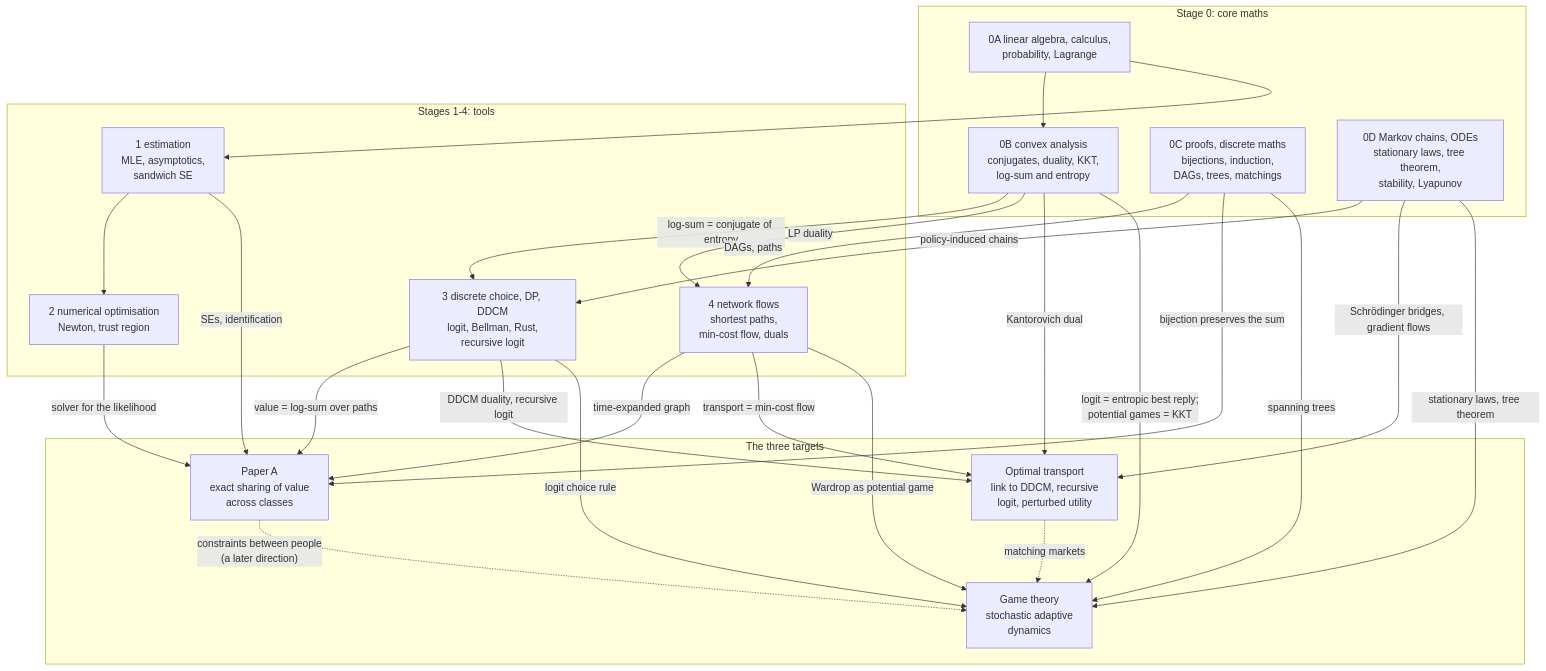
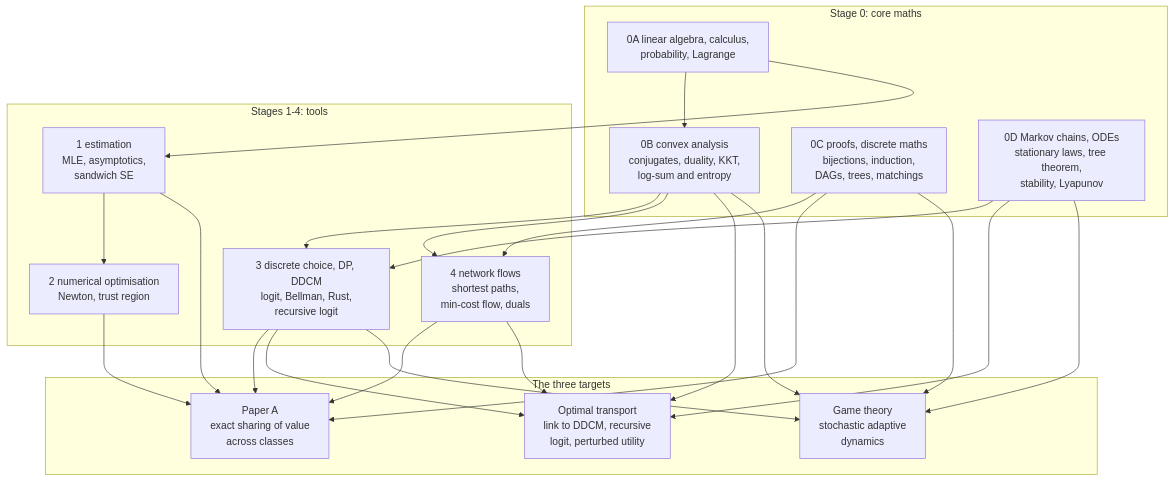
Before and after one commit to azwanazamuddin/reports: the second of 2 diagrams in content/phd/2026-11-16-weekly-progress.md, drawn with Mermaid. The commit also changed other lines of this file, not shown here.

Commit message:
Weekly progress 16 November: mind map as prerequisites only; the unifying reading and the threads stay internal
Claude-Session: https://claude.ai/code/session_01WrE6apjHqJ67eEUtkRthuA

````diff
--- a/content/phd/2026-11-16-weekly-progress.md
+++ b/content/phd/2026-11-16-weekly-progress.md
@@ -303,43 +298,40 @@
 ```mermaid
 flowchart TB
   subgraph BASICS["Stage 0: core maths"]
     A0["0A linear algebra, calculus,<br/>probability, Lagrange"]
     B0["0B convex analysis<br/>conjugates, duality, KKT,<br/>log-sum and entropy"]
     C0["0C proofs, discrete maths<br/>bijections, induction,<br/>DAGs, trees, matchings"]
     D0["0D Markov chains, ODEs<br/>stationary laws, tree theorem,<br/>stability, Lyapunov"]
   end
   subgraph TOOLS["Stages 1-4: tools"]
     S1["1 estimation<br/>MLE, asymptotics,<br/>sandwich SE"]
     S2["2 numerical optimisation<br/>Newton, trust region"]
     S3["3 discrete choice, DP, DDCM<br/>logit, Bellman, Rust,<br/>recursive logit"]
     S4["4 network flows<br/>shortest paths,<br/>min-cost flow, duals"]
   end
   subgraph TARGETS["The three targets"]
     PA["Paper A<br/>exact sharing of value<br/>across classes"]
     OT["Optimal transport<br/>link to DDCM, recursive<br/>logit, perturbed utility"]
     GT["Game theory<br/>stochastic adaptive<br/>dynamics"]
   end
   A0 --> B0
   A0 --> S1
-  B0 -->|"log-sum = conjugate of entropy"| S3
-  B0 -->|"LP duality"| S4
-  C0 -->|"DAGs, paths"| S4
-  D0 -->|"policy-induced chains"| S3
+  B0 --> S3
+  B0 --> S4
+  C0 --> S4
+  D0 --> S3
   S1 --> S2
-  S2 -->|"solver for the likelihood"| PA
-  S1 -->|"SEs, identification"| PA
-  S3 -->|"value = log-sum over paths"| PA
-  C0 -->|"bijection preserves the sum"| PA
-  S4 -->|"time-expanded graph"| PA
-  B0 -->|"Kantorovich dual"| OT
-  S4 -->|"transport = min-cost flow"| OT
-  S3 -->|"DDCM duality, recursive logit"| OT
-  D0 -->|"Schrödinger bridges, gradient flows"| OT
-  B0 -->|"logit = entropic best reply;<br/>potential games = KKT"| GT
-  D0 -->|"stationary laws, tree theorem"| GT
-  C0 -->|"spanning trees"| GT
-  S3 -->|"logit choice rule"| GT
-  S4 -->|"Wardrop as potential game"| GT
-  PA -.->|"constraints between people<br/>(a later direction)"| GT
-  OT -.->|"matching markets"| GT
+  S2 --> PA
+  S1 --> PA
+  S3 --> PA
+  C0 --> PA
+  S4 --> PA
+  B0 --> OT
+  S4 --> OT
+  S3 --> OT
+  D0 --> OT
+  B0 --> GT
+  D0 --> GT
+  C0 --> GT
+  S3 --> GT
 ```
````
